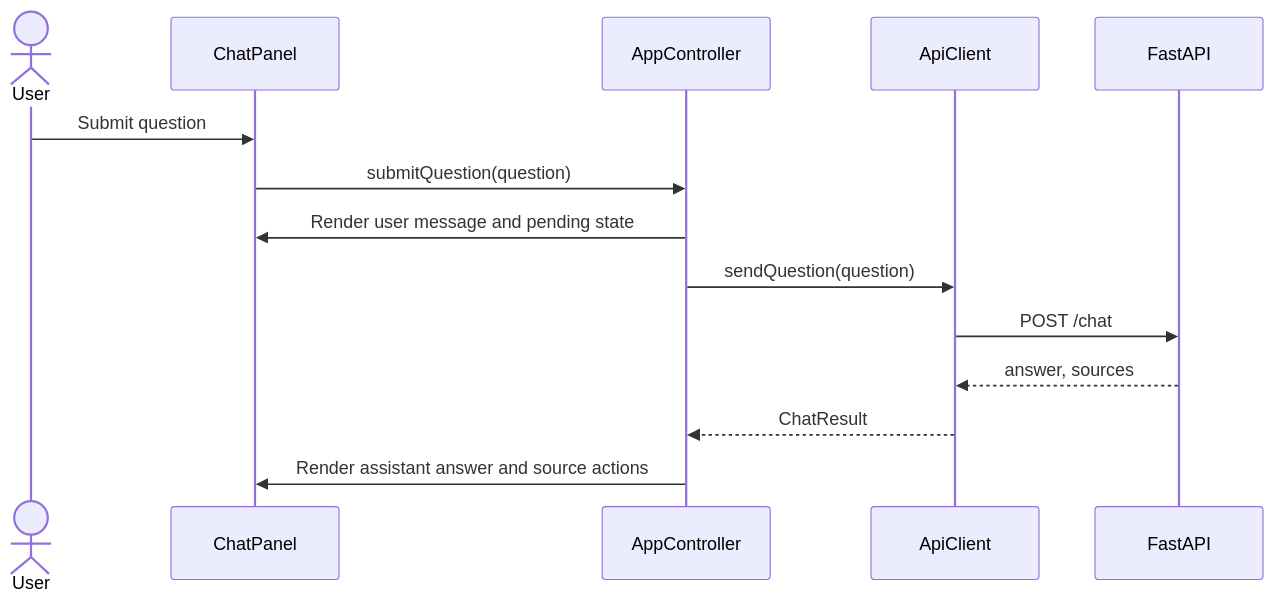
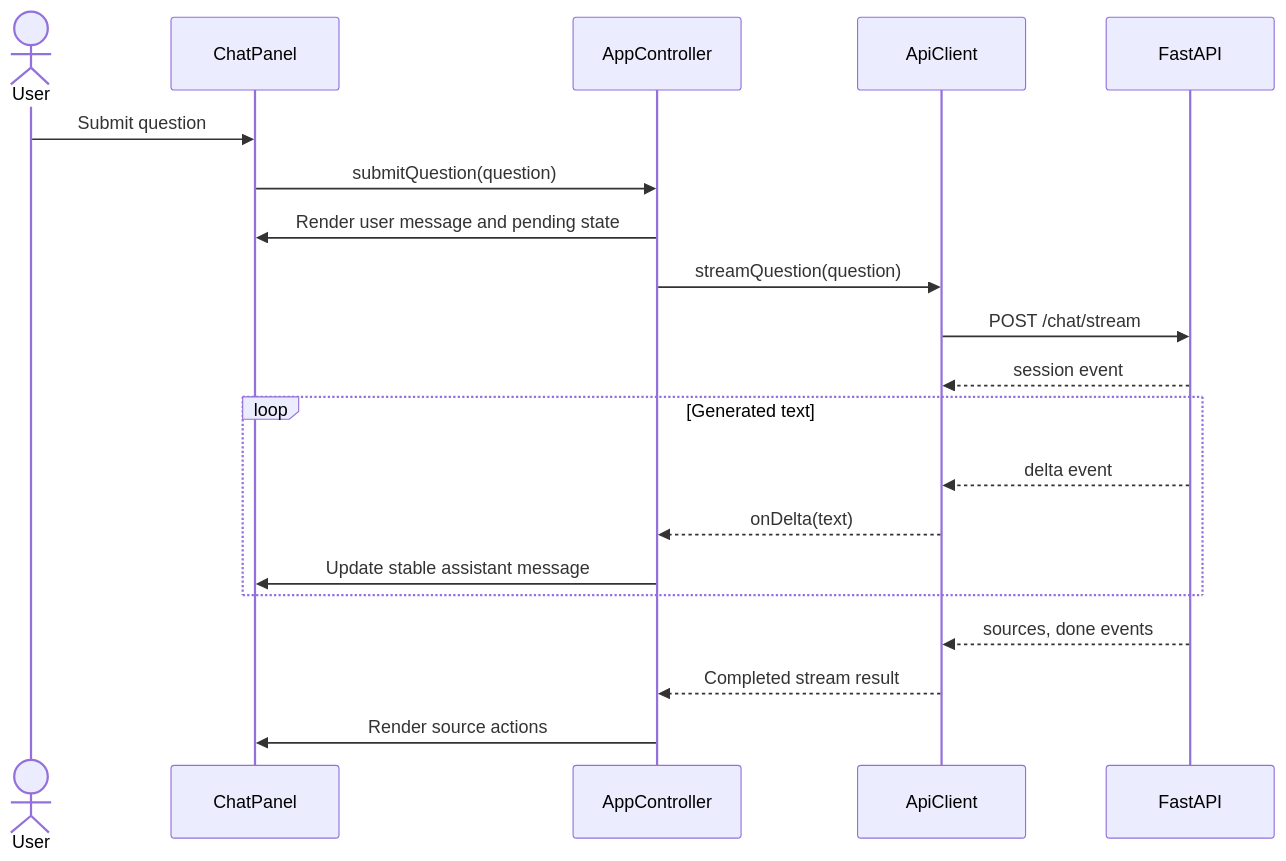
Before and after one commit to PLMQ2785/miniNBLM_Proto: the third of 4 diagrams in docs/frontend-design.md, drawn with Mermaid. The commit also changed other lines of this file and 41 other files, not shown here.

````diff
--- a/docs/frontend-design.md
+++ b/docs/frontend-design.md
@@ -419,17 +419,23 @@
 ```mermaid
 sequenceDiagram
     actor User
     participant CP as ChatPanel
     participant AC as AppController
     participant API as ApiClient
     participant BE as FastAPI
 
     User->>CP: Submit question
     CP->>AC: submitQuestion(question)
     AC->>CP: Render user message and pending state
-    AC->>API: sendQuestion(question)
-    API->>BE: POST /chat
-    BE-->>API: answer, sources
-    API-->>AC: ChatResult
-    AC->>CP: Render assistant answer and source actions
+    AC->>API: streamQuestion(question)
+    API->>BE: POST /chat/stream
+    BE-->>API: session event
+    loop Generated text
+        BE-->>API: delta event
+        API-->>AC: onDelta(text)
+        AC->>CP: Update stable assistant message
+    end
+    BE-->>API: sources, done events
+    API-->>AC: Completed stream result
+    AC->>CP: Render source actions
 ```
````
